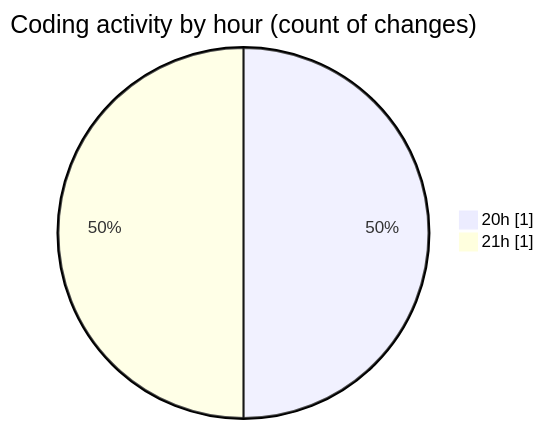
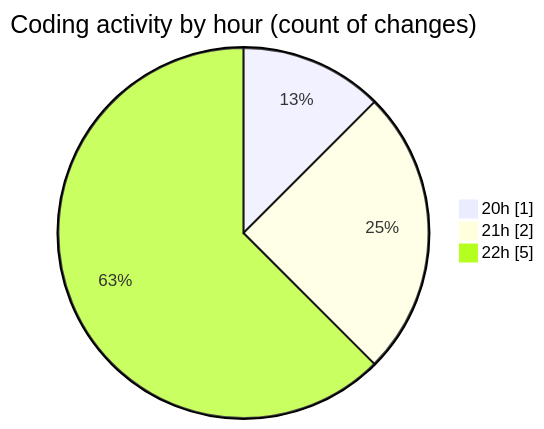
Before and after one commit to MatusMokan/code-tracking: the second of 2 diagrams in 2025-02-18/myws__workspace_/README.md, drawn with Mermaid. The commit also changed other lines of this file and 1 other file, not shown here.

````diff
--- a/2025-02-18/myws__workspace_/README.md
+++ b/2025-02-18/myws__workspace_/README.md
@@ -30,6 +33,7 @@
 ```mermaid
 pie showData
 title Coding activity by hour (count of changes)
 "20h" : 1
-"21h" : 1
+"21h" : 2
+"22h" : 5
 ```
````
